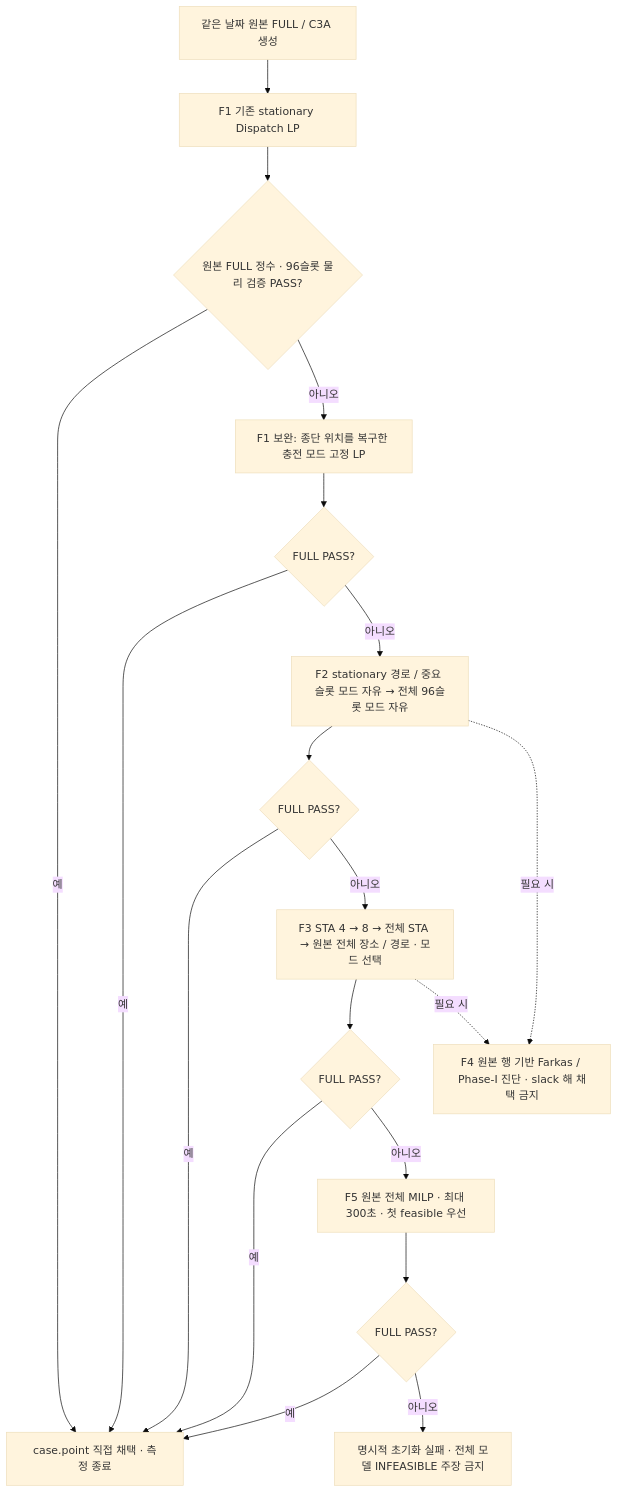
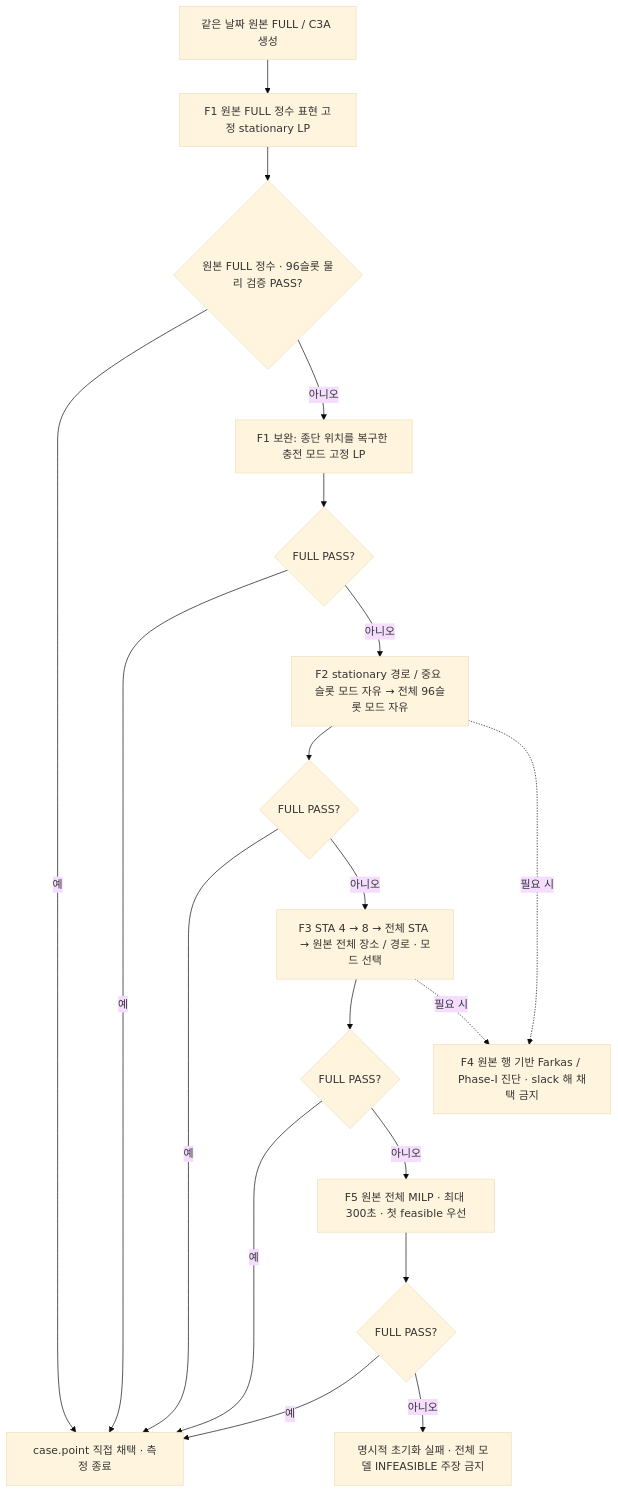
Before and after one commit to BeaverVillage/MobileESS: the diagram in docs/v42_b2_v19_feasibility_init_20261009/README.md, drawn with Mermaid (base theme). The commit also changed other lines of this file and 30 other files, not shown here.

````diff
--- a/docs/v42_b2_v19_feasibility_init_20261009/README.md
+++ b/docs/v42_b2_v19_feasibility_init_20261009/README.md
@@ -9,21 +9,21 @@
 ```mermaid
 flowchart TD
-    A[같은 날짜 원본 FULL / C3A 생성] --> B[F1 기존 stationary Dispatch LP]
+    A[같은 날짜 원본 FULL / C3A 생성] --> B[F1 원본 FULL 정수 표현 고정 stationary LP]
     B --> G{원본 FULL 정수 · 96슬롯 물리 검증 PASS?}
     G -->|예| Z[case.point 직접 채택 · 측정 종료]
     G -->|아니오| C[F1 보완: 종단 위치를 복구한 충전 모드 고정 LP]
     C --> H{FULL PASS?}
     H -->|예| Z
     H -->|아니오| D[F2 stationary 경로 / 중요 슬롯 모드 자유 → 전체 96슬롯 모드 자유]
     D --> I{FULL PASS?}
     I -->|예| Z
     I -->|아니오| E[F3 STA 4 → 8 → 전체 STA → 원본 전체 장소 / 경로 · 모드 선택]
     E --> J{FULL PASS?}
     J -->|예| Z
     J -->|아니오| F[F5 원본 전체 MILP · 최대 300초 · 첫 feasible 우선]
     F --> K{FULL PASS?}
     K -->|예| Z
     K -->|아니오| X[명시적 초기화 실패 · 전체 모델 INFEASIBLE 주장 금지]
     D -. 필요 시 .-> Q[F4 원본 행 기반 Farkas / Phase-I 진단 · slack 해 채택 금지]
     E -. 필요 시 .-> Q
 ```
````
